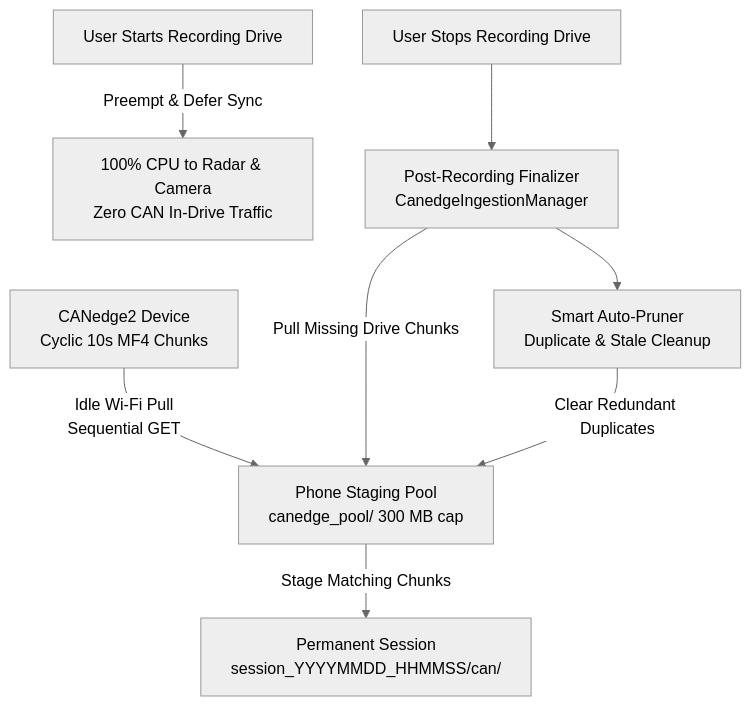
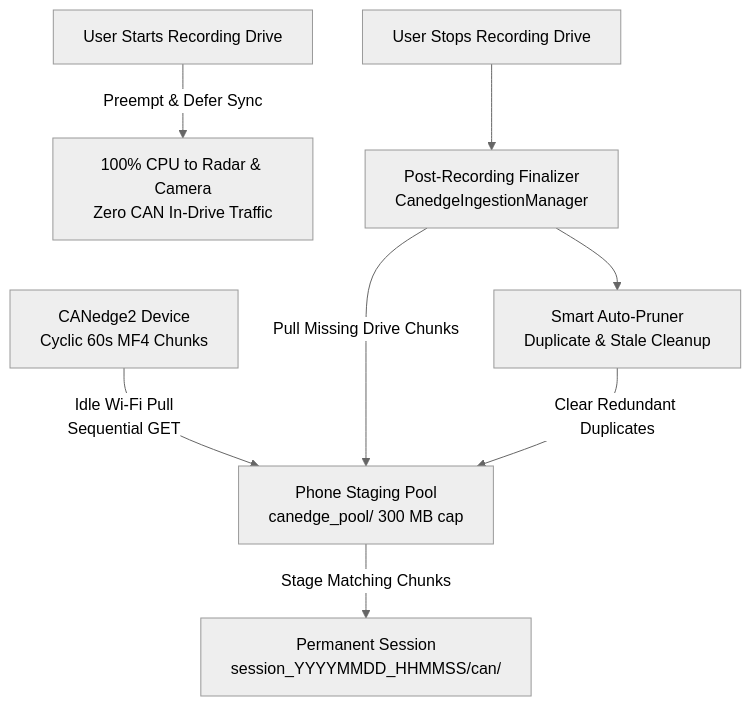
One commit to kadurushil/RoadSense_logger changed the diagram in context/04_CANEDGE2_AUTONOMOUS_INGESTION_ENGINE.md. Above: the diagram before and after it, drawn with Mermaid (neutral theme). The commit also changed other lines of this file and 10 other files, not shown here.

````diff
--- a/context/04_CANEDGE2_AUTONOMOUS_INGESTION_ENGINE.md
+++ b/context/04_CANEDGE2_AUTONOMOUS_INGESTION_ENGINE.md
@@ -36,14 +36,14 @@
 ```mermaid
 graph TD
-    CE[CANedge2 Device<br>Cyclic 10s MF4 Chunks] -->|Idle Wi-Fi Pull<br>Sequential GET| Pool[Phone Staging Pool<br>canedge_pool/ 300 MB cap]
+    CE[CANedge2 Device<br>Cyclic 60s MF4 Chunks] -->|Idle Wi-Fi Pull<br>Sequential GET| Pool[Phone Staging Pool<br>canedge_pool/ 300 MB cap]
     
     DriveStart[User Starts Recording Drive] -->|Preempt & Defer Sync| Priority[100% CPU to Radar & Camera<br>Zero CAN In-Drive Traffic]
     
     DriveStop[User Stops Recording Drive] --> Finalizer[Post-Recording Finalizer<br>CanedgeIngestionManager]
     
     Finalizer -->|Pull Missing Drive Chunks| Pool
     Pool -->|Stage Matching Chunks| SessionCan[Permanent Session<br>session_YYYYMMDD_HHMMSS/can/]
     
     Finalizer --> AutoPrune[Smart Auto-Pruner<br>Duplicate & Stale Cleanup]
     AutoPrune -->|Clear Redundant Duplicates| Pool
 ```
````
